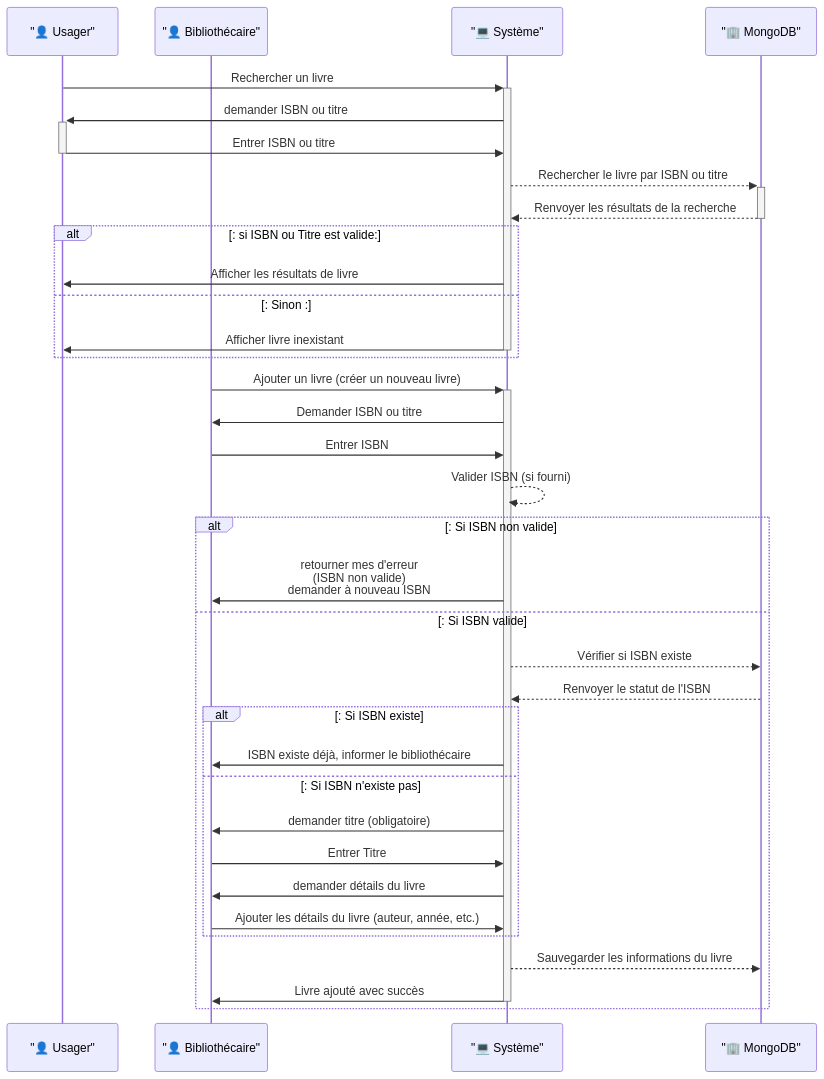
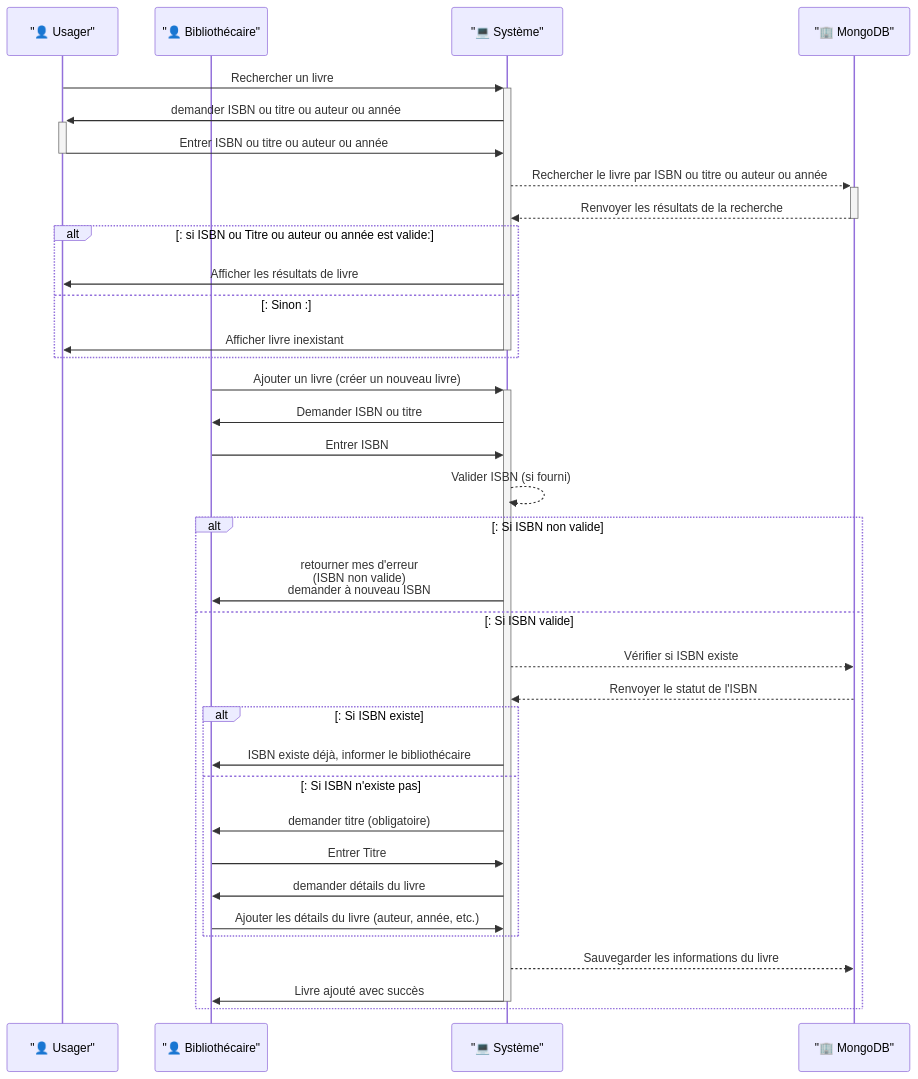
One commit to Jazouja/tp2 changed the diagram in README.md. Above: the diagram before and after it, drawn with Mermaid.

````diff
--- a/README.md
+++ b/README.md
@@ -24,47 +24,47 @@
 ```mermaid
 sequenceDiagram
     participant Usager as "👤 Usager"
      participant Bibliothécaire as "👤 Bibliothécaire"
     participant Système as "💻 Système"
     participant MongoDB as "🏢 MongoDB"
 
     Usager->> + Système: Rechercher un livre
-        Système ->> + Usager : demander ISBN ou titre
-        Usager ->> - Système : Entrer ISBN ou titre
-        Système-->> +MongoDB: Rechercher le livre par ISBN ou titre
+        Système ->> + Usager : demander ISBN ou titre ou auteur ou année
+        Usager ->> - Système : Entrer ISBN ou titre ou auteur ou année
+        Système-->> +MongoDB: Rechercher le livre par ISBN ou titre ou auteur ou année
         MongoDB-->>-Système: Renvoyer les résultats de la recherche
 
-        alt : si ISBN ou Titre est valide:
+        alt : si ISBN ou Titre ou auteur ou année est valide:
             Système->>Usager: Afficher les résultats de livre
         else : Sinon : 
             Système ->> - Usager : Afficher livre inexistant
         end
 
     Bibliothécaire->> + Système: Ajouter un livre (créer un nouveau livre)
     Système->>Bibliothécaire: Demander ISBN ou titre
        
     Bibliothécaire->>Système: Entrer ISBN   
     Système-->>Système: Valider ISBN (si fourni)
     alt : Si ISBN non valide
      Système ->> Bibliothécaire : retourner mes d'erreur<br>(ISBN non valide)<br>demander à nouveau ISBN
      
     else : Si ISBN valide
     Système-->>MongoDB: Vérifier si ISBN existe
     MongoDB-->>Système: Renvoyer le statut de l'ISBN
         alt : Si ISBN existe
             Système->>Bibliothécaire: ISBN existe déjà, informer le bibliothécaire
         else : Si ISBN n'existe pas
             Système ->> Bibliothécaire: demander titre (obligatoire)
             Bibliothécaire->>Système: Entrer Titre 
             Système ->> Bibliothécaire: demander détails du livre
             Bibliothécaire->>Système: Ajouter les détails du livre (auteur, année, etc.)
         end
        
        
 
     Système-->>MongoDB: Sauvegarder les informations du livre
     Système->> - Bibliothécaire: Livre ajouté avec succès
     end
     
 
 ```
````
